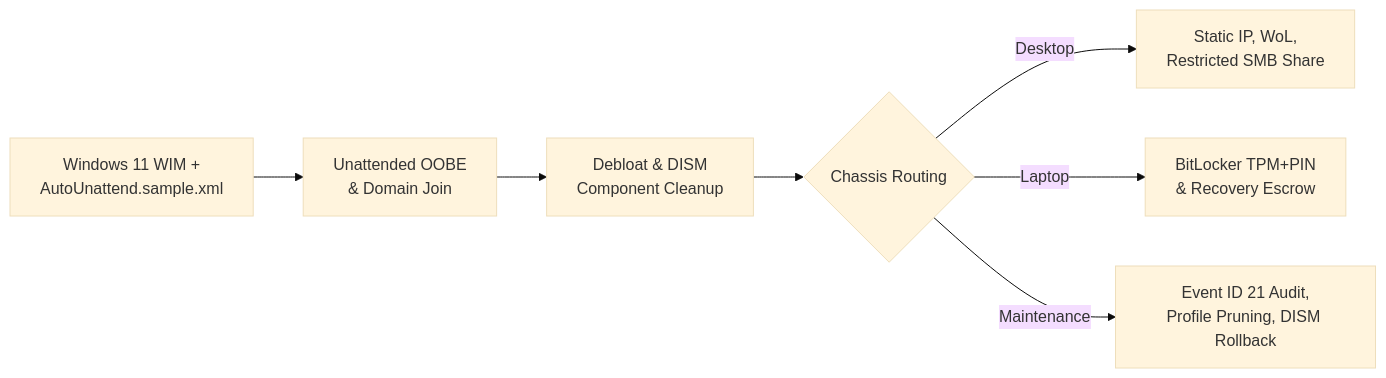
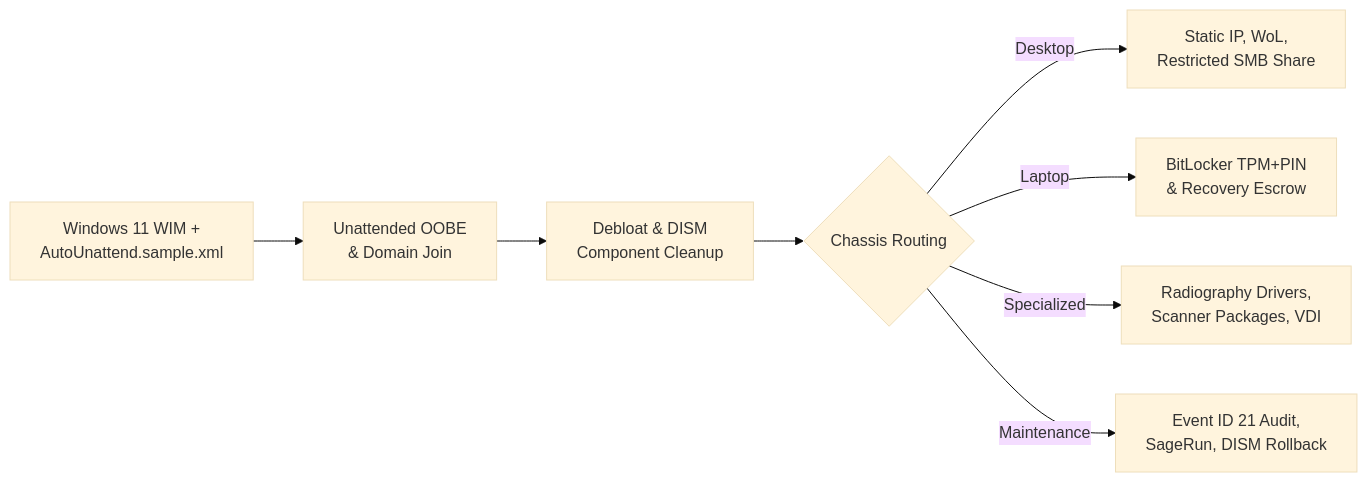
Before and after one commit to Dr-Huitzil/windows-endpoint-automation-toolkit: the diagram in README.md, drawn with Mermaid (base theme). The commit also changed other lines of this file and 34 other files, not shown here.

````diff
--- a/README.md
+++ b/README.md
@@ -13,9 +38,10 @@
 ```mermaid
 flowchart LR
     A["Windows 11 WIM +<br/>AutoUnattend.sample.xml"] --> B["Unattended OOBE<br/>& Domain Join"]
     B --> C["Debloat & DISM<br/>Component Cleanup"]
     C --> D{"Chassis Routing"}
     D -->|"Desktop"| E["Static IP, WoL,<br/>Restricted SMB Share"]
     D -->|"Laptop"| F["BitLocker TPM+PIN<br/>& Recovery Escrow"]
-    D -->|"Maintenance"| G["Event ID 21 Audit,<br/>Profile Pruning, DISM Rollback"]
+    D -->|"Specialized"| H["Radiography Drivers,<br/>Scanner Packages, VDI"]
+    D -->|"Maintenance"| G["Event ID 21 Audit,<br/>SageRun, DISM Rollback"]
 ```
````
